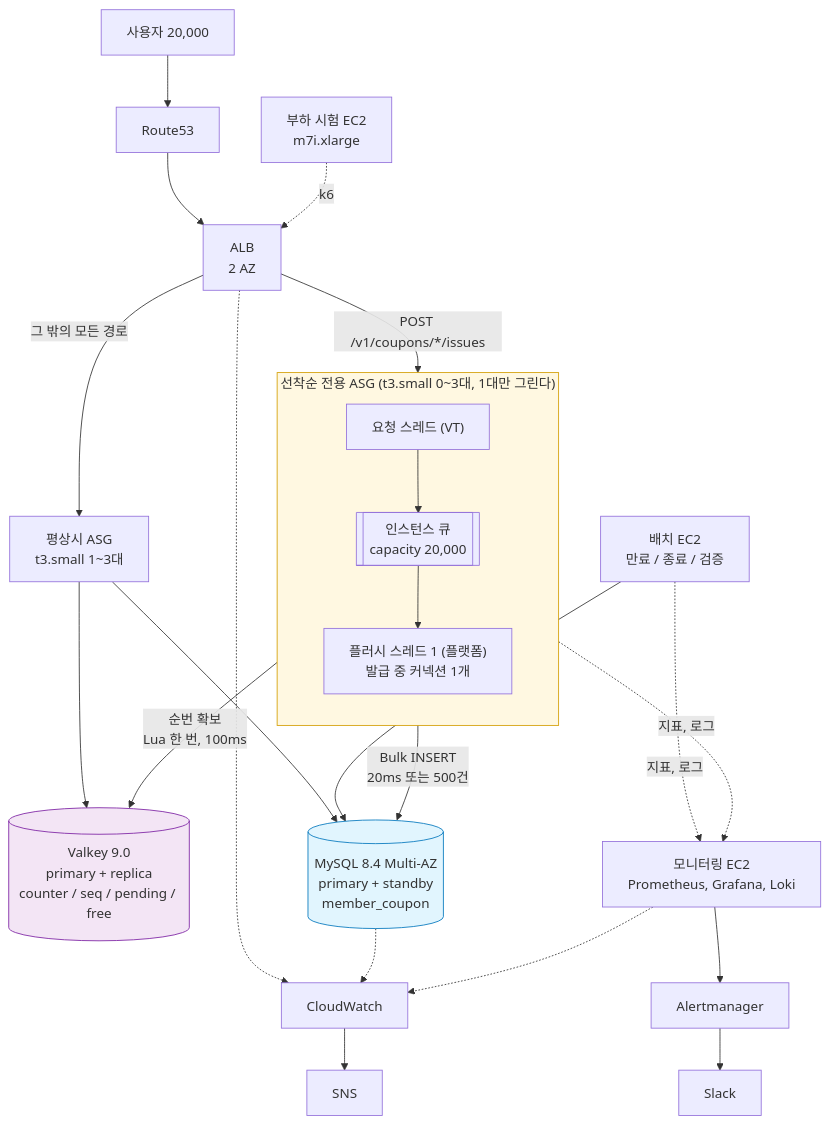
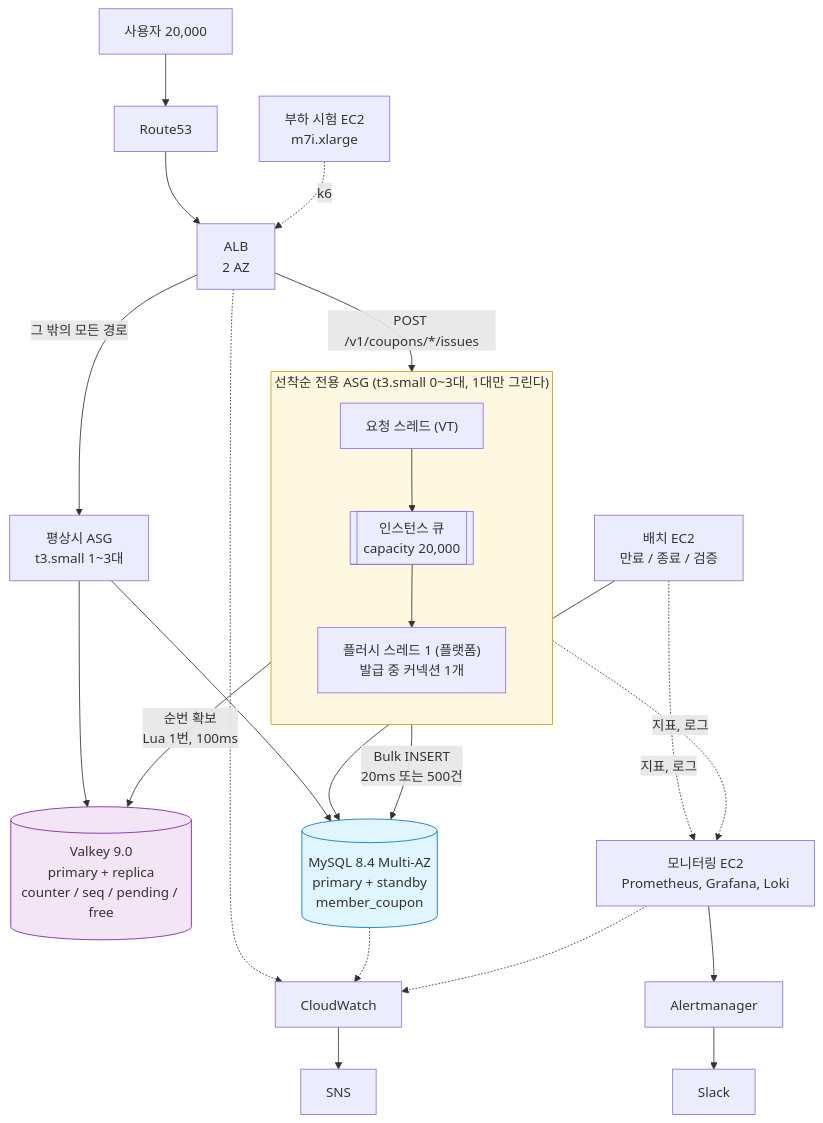
One commit to fresh-market/fm-backend changed the first of 2 diagrams in README.md. Above: the diagram before and after it, drawn with Mermaid. The commit also changed other lines of this file, not shown here.

````diff
--- a/README.md
+++ b/README.md
@@ -245,31 +245,31 @@
 ```mermaid
 flowchart TB
     U["사용자 20,000"] --> R53["Route53"] --> ALB["ALB<br/>2 AZ"]
     ALB -->|"그 밖의 모든 경로"| ASGA["평상시 ASG<br/>t3.small 1~3대"]
 
     subgraph COUPON["선착순 전용 ASG (t3.small 0~3대, 1대만 그린다)"]
         direction TB
         VT["요청 스레드 (VT)"] --> Q1[["인스턴스 큐<br/>capacity 20,000"]]
         Q1 --> F1["플러시 스레드 1 (플랫폼)<br/>발급 중 커넥션 1개"]
     end
     ALB -->|"POST /v1/coupons/*/issues"| VT
 
     CACHE[("Valkey 9.0<br/>primary + replica<br/>counter / seq / pending / free")]
     RDS[("MySQL 8.4 Multi-AZ<br/>primary + standby<br/>member_coupon")]
 
-    VT -->|"순번 확보<br/>Lua 한 번, 100ms"| CACHE
+    VT -->|"순번 확보<br/>Lua 1번, 100ms"| CACHE
     F1 -->|"Bulk INSERT<br/>20ms 또는 500건"| RDS
     ASGA --> RDS & CACHE
 
     BATCH["배치 EC2<br/>만료 / 종료 / 검증"] --> RDS
     MON["모니터링 EC2<br/>Prometheus, Grafana, Loki"]
     LT["부하 시험 EC2<br/>m7i.xlarge"] -.->|"k6"| ALB
 
     COUPON & BATCH -.->|"지표, 로그"| MON
     MON --> AM["Alertmanager"] --> SLACK["Slack"]
     ALB & RDS & MON -.-> CW["CloudWatch"] --> SNS["SNS"]
 
     style COUPON fill:#fff8e1,stroke:#d39e00
     style CACHE fill:#f3e5f5,stroke:#7b1fa2
     style RDS fill:#e1f5fe,stroke:#0277bd
 ```
````
